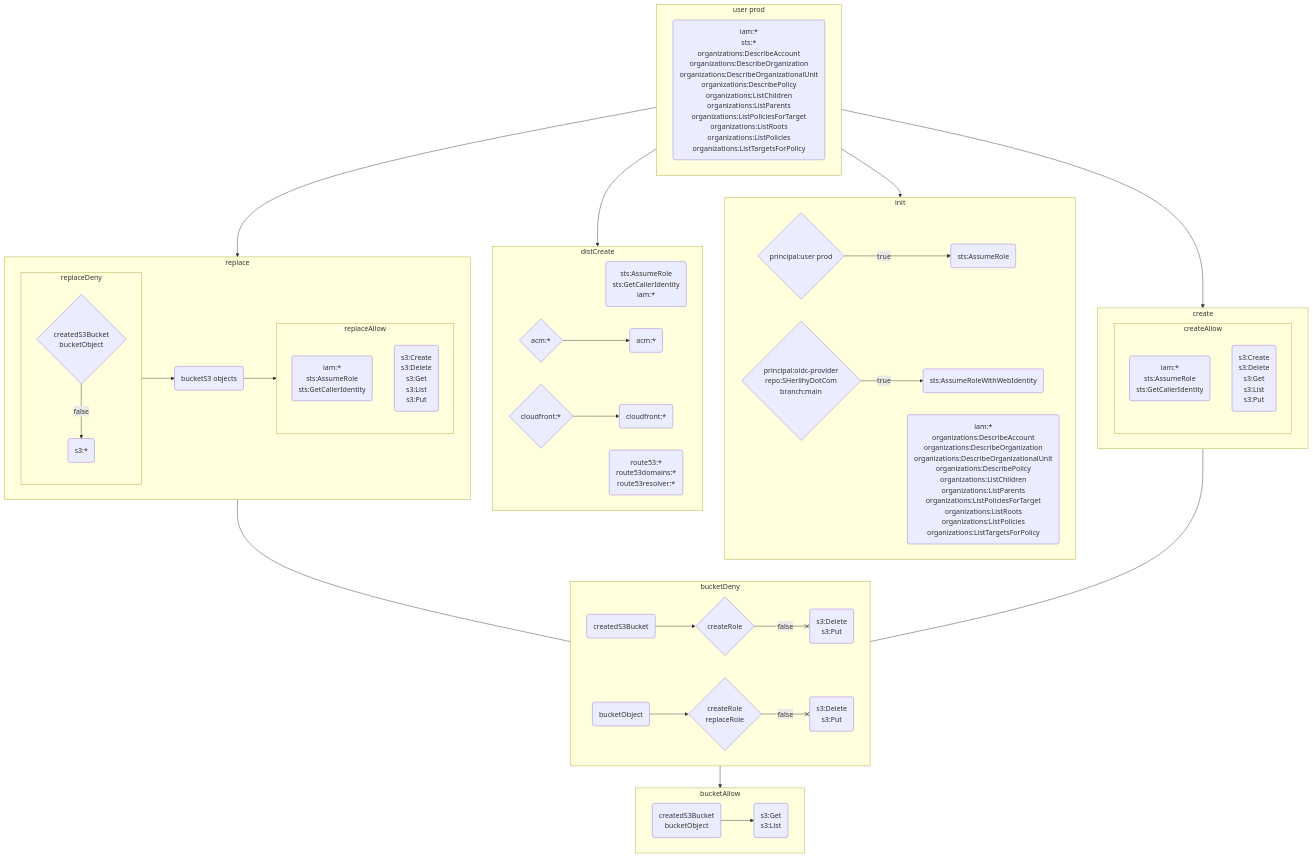
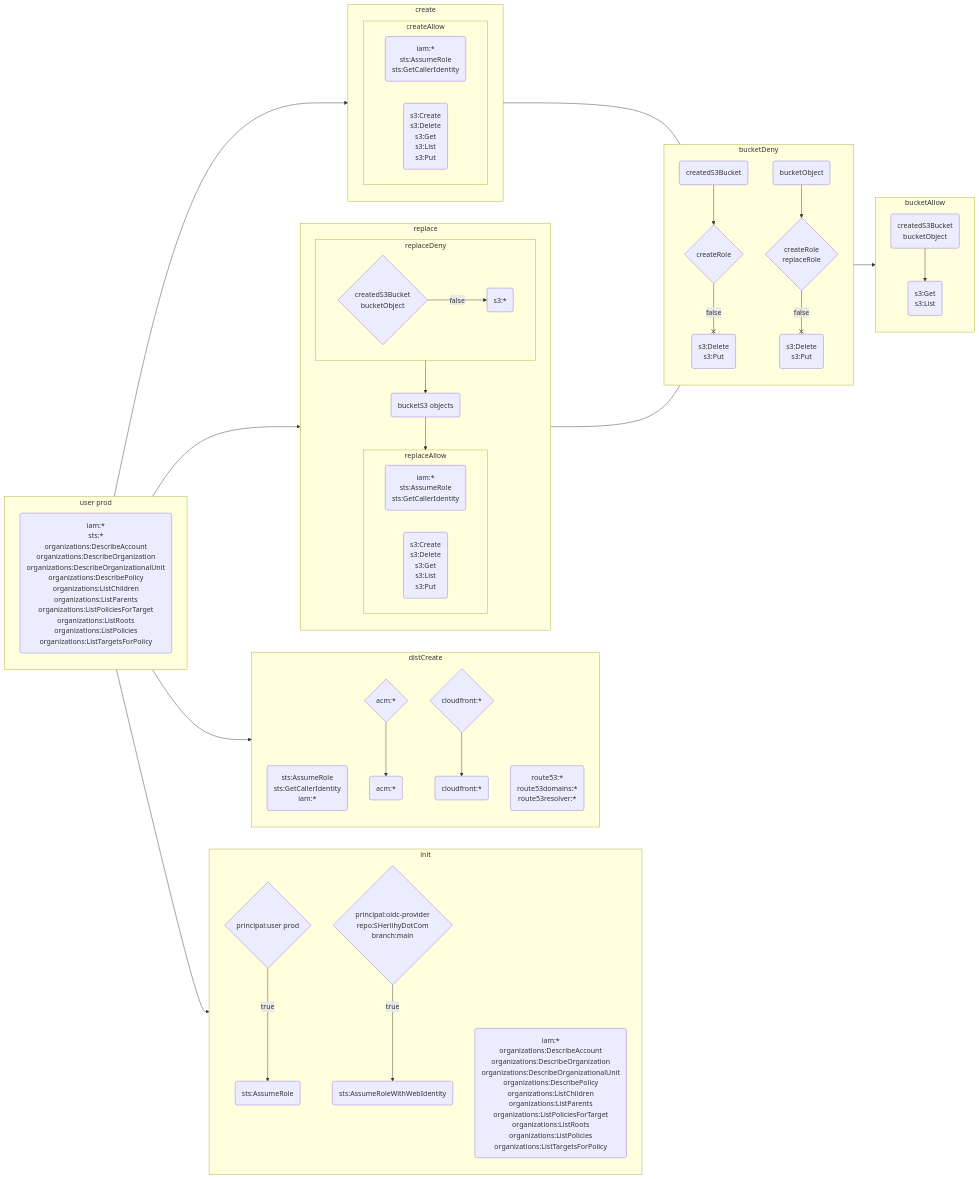
One commit to SHerlihy/sherlihy-dot-com changed the first of 2 diagrams in README.md. Above: the diagram before and after it, drawn with Mermaid. The commit also changed other lines of this file and 5 other files, not shown here.

Commit message:
add diagram md to readme md

````diff
--- a/README.md
+++ b/README.md
@@ -4,28 +9,102 @@
 ```mermaid
-            flowchart TB
-subgraph prod [user prod]
-    prodEnable("`
+
+    flowchart LR
+
+    
+    subgraph init [init]
+     initProdCon{"`
+         principal:user prod
+     `"}
+     
+     initProdCon -- true --> initProdAllow
+     
+     initProdAllow("`
+         sts:AssumeRole
+     `")
+     
+
+     initCon{"`
+         principal:oidc-provider
+         repo:SHerlihyDotCom
+         branch:main
+     `"}
+     
+     initCon -- true --> initActionsAllow
+
+     initActionsAllow("`
+         sts:AssumeRoleWithWebIdentity
+     `")
+
+     initAllow("`
+         iam:*
+         organizations:DescribeAccount
+         organizations:DescribeOrganization
+         organizations:DescribeOrganizationalUnit
+         organizations:DescribePolicy
+         organizations:ListChildren
+         organizations:ListParents
+         organizations:ListPoliciesForTarget
+         organizations:ListRoots
+         organizations:ListPolicies
+         organizations:ListTargetsForPolicy
+     `")
+ end
+
+    subgraph distCreate
+    dcaEnable("`
+        sts:AssumeRole
+        sts:GetCallerIdentity
         iam:*
-        sts:*
-        organizations:DescribeAccount
-        organizations:DescribeOrganization
-        organizations:DescribeOrganizationalUnit
-        organizations:DescribePolicy
-        organizations:ListChildren
-        organizations:ListParents
-        organizations:ListPoliciesForTarget
-        organizations:ListRoots
-        organizations:ListPolicies
-        organizations:ListTargetsForPolicy
     `")
+
+    dcaACMRes{"`
+        acm:*
+    `"}
+    
+    dcaACMRes --> dcaACMAllow
+    
+    dcaACMAllow("`
+        acm:*
+    `")
+
+    dcCDNRes{"`
+        cloudfront:*
+    `"}
+    
+    dcCDNRes --> dcCDNAllow
+    
+    dcCDNAllow("`
+        cloudfront:*
+    `")
+
+    dcR53Allow("`
+        route53:*
+        route53domains:*
+        route53resolver:*
+    `")
+
 end
 
-prod --> init
-prod --> create
-prod --> replace
-prod --> distCreate
+    subgraph create [create]
+    subgraph createAllow
+    createEnable("`
+        iam:*
+        sts:AssumeRole
+        sts:GetCallerIdentity
+    `")
+    createCreate("`
+        s3:Create
+        s3:Delete
+        s3:Get
+        s3:List
+        s3:Put
+    `")
+    end
+end
 
-subgraph replace [replace]
+create --- bucketDeny
+
+    subgraph replace [replace]
     subgraph replaceDeny
     replaceDenyRes{"`
         createdS3Bucket
@@ -66,99 +145,8 @@
 
 replace --- bucketDeny
 
-subgraph init [init]
-     initProdCon{"`
-         principal:user prod
-     `"}
-     
-     initProdCon -- true --> initProdAllow
-     
-     initProdAllow("`
-         sts:AssumeRole
-     `")
-     
 
-     initCon{"`
-         principal:oidc-provider
-         repo:SHerlihyDotCom
-         branch:main
-     `"}
-     
-     initCon -- true --> initActionsAllow
-
-     initActionsAllow("`
-         sts:AssumeRoleWithWebIdentity
-     `")
-
-     initAllow("`
-         iam:*
-         organizations:DescribeAccount
-         organizations:DescribeOrganization
-         organizations:DescribeOrganizationalUnit
-         organizations:DescribePolicy
-         organizations:ListChildren
-         organizations:ListParents
-         organizations:ListPoliciesForTarget
-         organizations:ListRoots
-         organizations:ListPolicies
-         organizations:ListTargetsForPolicy
-     `")
- end
-
-subgraph distCreate
-    dcaEnable("`
-        sts:AssumeRole
-        sts:GetCallerIdentity
-        iam:*
-    `")
-
-    dcaACMRes{"`
-        acm:*
-    `"}
     
-    dcaACMRes --> dcaACMAllow
-    
-    dcaACMAllow("`
-        acm:*
-    `")
-
-    dcCDNRes{"`
-        cloudfront:*
-    `"}
-    
-    dcCDNRes --> dcCDNAllow
-    
-    dcCDNAllow("`
-        cloudfront:*
-    `")
-
-    dcR53Allow("`
-        route53:*
-        route53domains:*
-        route53resolver:*
-    `")
-
-end
-
-subgraph create [create]
-    subgraph createAllow
-    createEnable("`
-        iam:*
-        sts:AssumeRole
-        sts:GetCallerIdentity
-    `")
-    createCreate("`
-        s3:Create
-        s3:Delete
-        s3:Get
-        s3:List
-        s3:Put
-    `")
-    end
-end
-
-create --- bucketDeny
-
 subgraph bucketDeny
 bucketDenyCond{"`
     createRole
@@ -210,5 +198,27 @@
 `")
 end
 
+    subgraph prod [user prod]
+    prodEnable("`
+        iam:*
+        sts:*
+        organizations:DescribeAccount
+        organizations:DescribeOrganization
+        organizations:DescribeOrganizationalUnit
+        organizations:DescribePolicy
+        organizations:ListChildren
+        organizations:ListParents
+        organizations:ListPoliciesForTarget
+        organizations:ListRoots
+        organizations:ListPolicies
+        organizations:ListTargetsForPolicy
+    `")
+end
+
+prod --> init
+prod --> create
+prod --> replace
+prod --> distCreate
+
 
 ```
````
